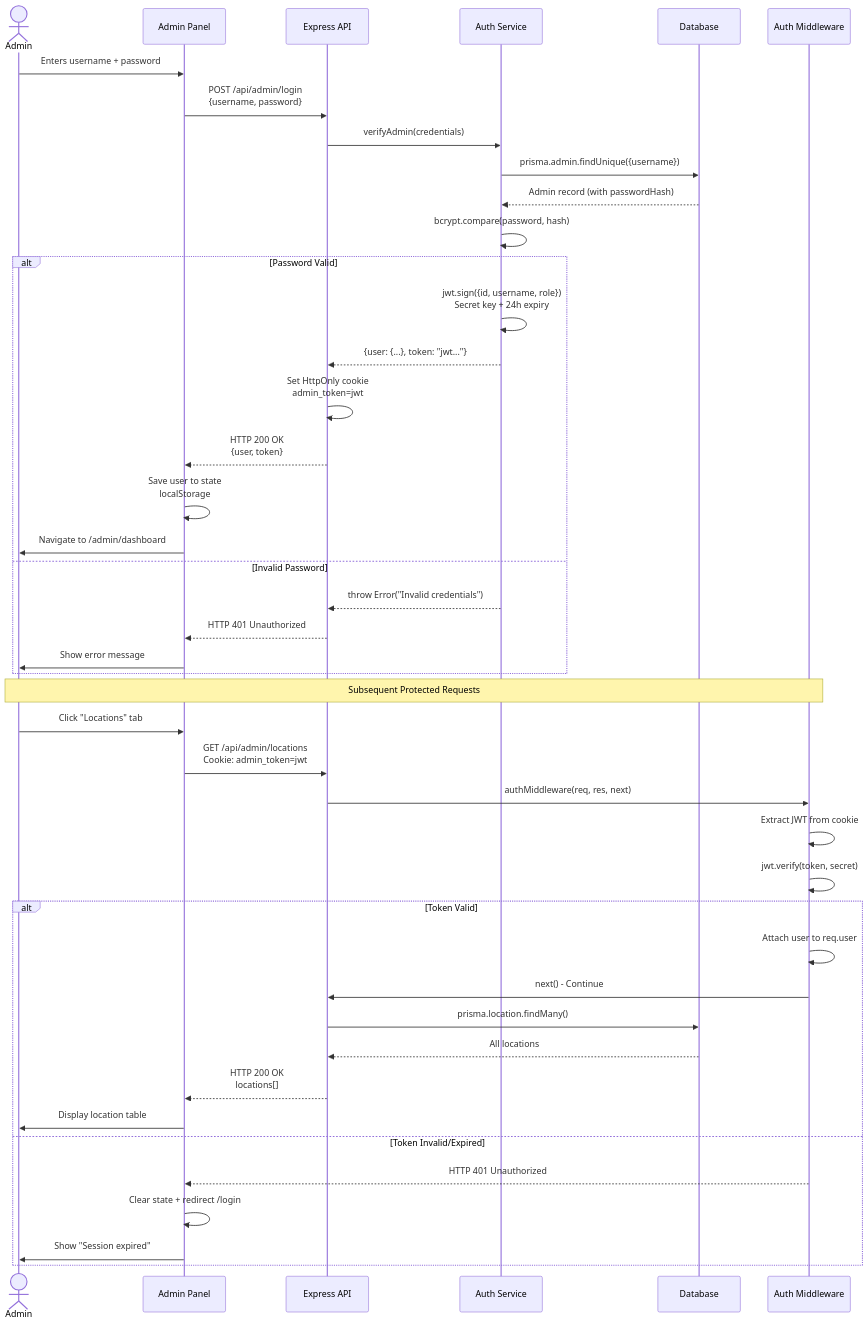
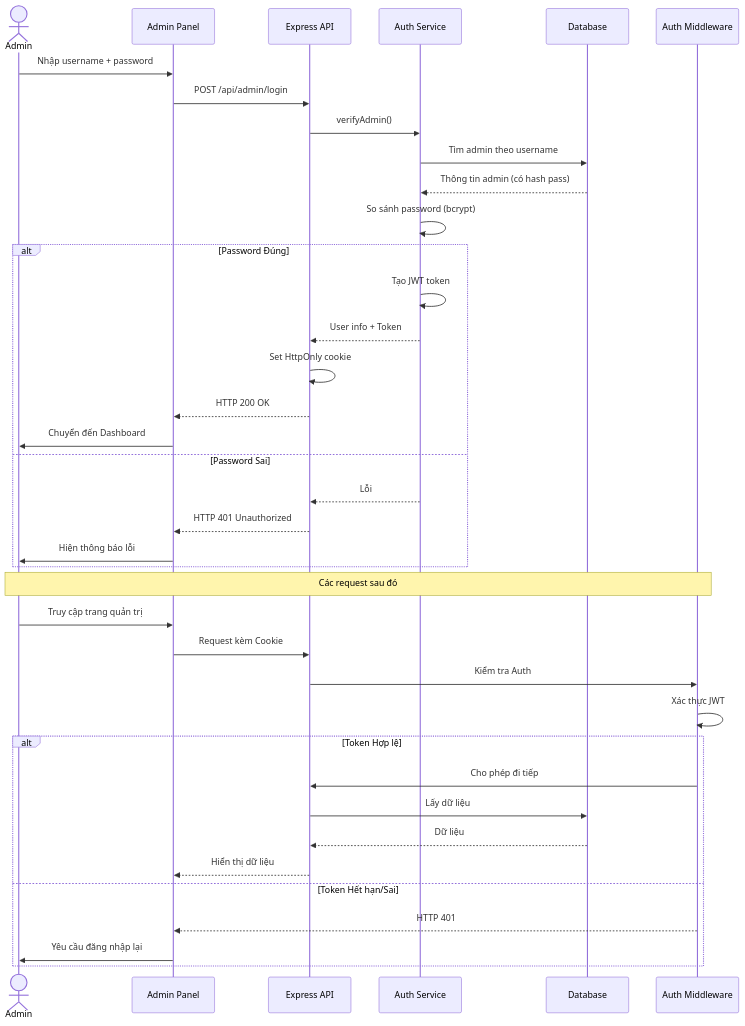
The sixth of 14 diagrams in docs/ARCHITECTURE.md (Doggie-H/Dana-Travel), drawn with Mermaid before and after one commit. The commit also changed other lines of this file and 2863 other files, not shown here.

Commit message:
docs: Add initial architecture documentation covering system overview, design principles, and detailed data flow diagrams.

````diff
--- a/docs/ARCHITECTURE.md
+++ b/docs/ARCHITECTURE.md
@@ -293,52 +292,47 @@
 ```mermaid
 sequenceDiagram
     actor Admin
     participant Frontend as Admin Panel
     participant API as Express API
     participant Auth as Auth Service
     participant DB as Database
     participant Middleware as Auth Middleware
     
-    Admin->>Frontend: Enters username + password
-    Frontend->>API: POST /api/admin/login<br/>{username, password}
+    Admin->>Frontend: Nhập username + password
+    Frontend->>API: POST /api/admin/login
     
-    API->>Auth: verifyAdmin(credentials)
-    Auth->>DB: prisma.admin.findUnique({username})
-    DB-->>Auth: Admin record (with passwordHash)
+    API->>Auth: verifyAdmin()
+    Auth->>DB: Tìm admin theo username
+    DB-->>Auth: Thông tin admin (có hash pass)
     
-    Auth->>Auth: bcrypt.compare(password, hash)
+    Auth->>Auth: So sánh password (bcrypt)
     
-    alt Password Valid
-        Auth->>Auth: jwt.sign({id, username, role})<br/>Secret key + 24h expiry
-        Auth-->>API: {user: {...}, token: "jwt..."}
-        API->>API: Set HttpOnly cookie<br/>admin_token=jwt
-        API-->>Frontend: HTTP 200 OK<br/>{user, token}
-        Frontend->>Frontend: Save user to state<br/>localStorage
-        Frontend->>Admin: Navigate to /admin/dashboard
-    else Invalid Password
-        Auth-->>API: throw Error("Invalid credentials")
+    alt Password Đúng
+        Auth->>Auth: Tạo JWT token
+        Auth-->>API: User info + Token
+        API->>API: Set HttpOnly cookie
+        API-->>Frontend: HTTP 200 OK
+        Frontend->>Admin: Chuyển đến Dashboard
+    else Password Sai
+        Auth-->>API: Lỗi
         API-->>Frontend: HTTP 401 Unauthorized
-        Frontend->>Admin: Show error message
+        Frontend->>Admin: Hiện thông báo lỗi
     end
     
-    Note over Admin,Middleware: Subsequent Protected Requests
+    Note over Admin,Middleware: Các request sau đó
     
-    Admin->>Frontend: Click "Locations" tab
-    Frontend->>API: GET /api/admin/locations<br/>Cookie: admin_token=jwt
-    API->>Middleware: authMiddleware(req, res, next)
-    Middleware->>Middleware: Extract JWT from cookie
-    Middleware->>Middleware: jwt.verify(token, secret)
+    Admin->>Frontend: Truy cập trang quản trị
+    Frontend->>API: Request kèm Cookie
+    API->>Middleware: Kiểm tra Auth
+    Middleware->>Middleware: Xác thực JWT
     
-    alt Token Valid
-        Middleware->>Middleware: Attach user to req.user
-        Middleware->>API: next() - Continue
-        API->>DB: prisma.location.findMany()
-        DB-->>API: All locations
-        API-->>Frontend: HTTP 200 OK<br/>locations[]
-        Frontend->>Admin: Display location table
-    else Token Invalid/Expired
-        Middleware-->>Frontend: HTTP 401 Unauthorized
-        Frontend->>Frontend: Clear state + redirect /login
-        Frontend->>Admin: Show "Session expired"
+    alt Token Hợp lệ
+        Middleware->>API: Cho phép đi tiếp
+        API->>DB: Lấy dữ liệu
+        DB-->>API: Dữ liệu
+        API-->>Frontend: Hiển thị dữ liệu
+    else Token Hết hạn/Sai
+        Middleware-->>Frontend: HTTP 401
+        Frontend->>Admin: Yêu cầu đăng nhập lại
     end
 ```
````
